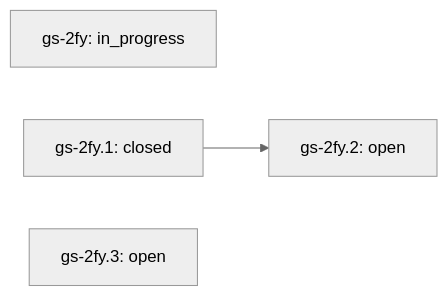
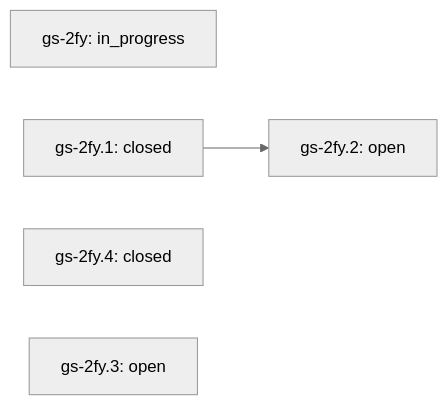
Before and after one commit to lifeofgurpreet/G-Skills: the diagram in docs/skills/reset-boost/ROADMAP.md, drawn with Mermaid (neutral theme). The commit also changed other lines of this file and 30 other files, not shown here.

````diff
--- a/docs/skills/reset-boost/ROADMAP.md
+++ b/docs/skills/reset-boost/ROADMAP.md
@@ -16,8 +17,9 @@
 ```mermaid
 flowchart LR
   gs_2fy["gs-2fy: in_progress"]
   gs_2fy_1["gs-2fy.1: closed"]
   gs_2fy_2["gs-2fy.2: open"]
   gs_2fy_1 --> gs_2fy_2
+  gs_2fy_4["gs-2fy.4: closed"]
   gs_2fy_3["gs-2fy.3: open"]
 ```
````
